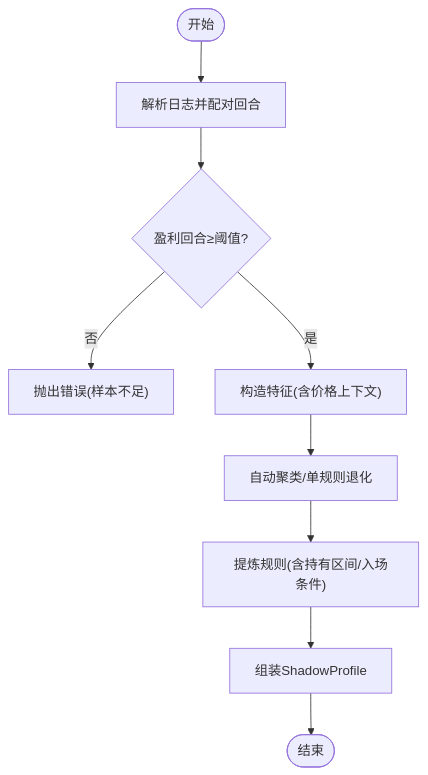
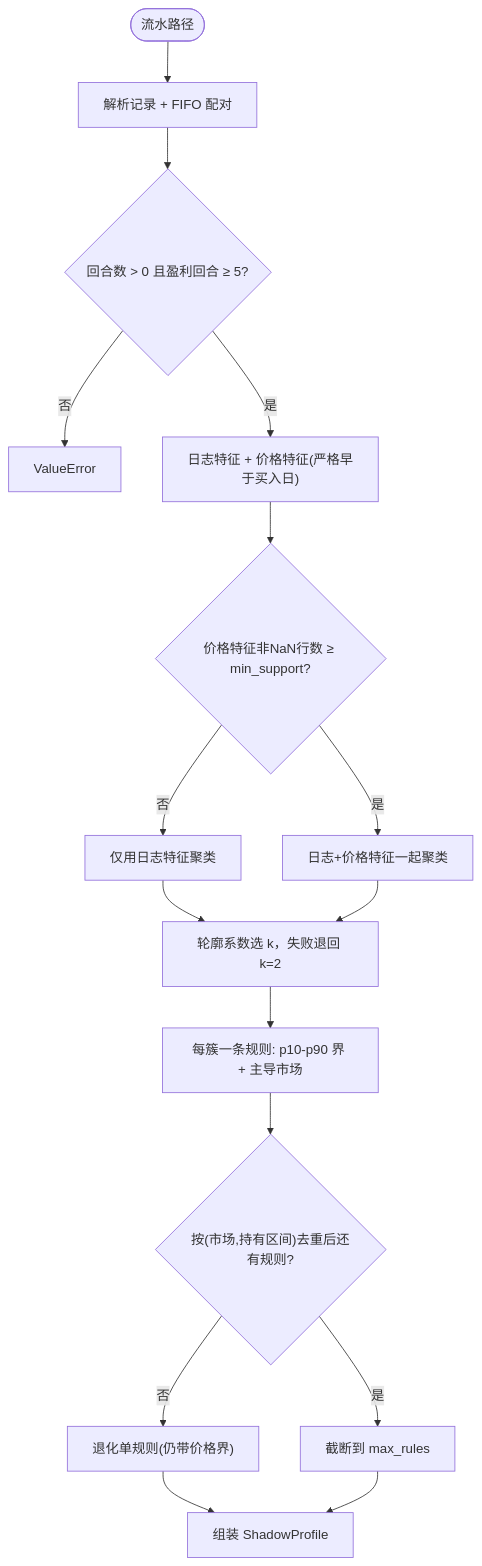
One commit to hjfire/vibe-trading-fw changed the third of 7 diagrams in repowiki/topics/安全与治理/影子账户.md. Above: the diagram before and after it, drawn with Mermaid. The commit also changed other lines of this file and 5 other files, not shown here.

````diff
--- a/repowiki/topics/安全与治理/影子账户.md
+++ b/repowiki/topics/安全与治理/影子账户.md
@@ -138,11 +171,18 @@
 ```mermaid
 flowchart TD
-Start(["开始"]) --> Parse["解析日志并配对回合"]
-Parse --> Filter{"盈利回合≥阈值?"}
-Filter -- 否 --> Err["抛出错误(样本不足)"]
-Filter -- 是 --> Feat["构造特征(含价格上下文)"]
-Feat --> Cluster["自动聚类/单规则退化"]
-Cluster --> Rules["提炼规则(含持有区间/入场条件)"]
-Rules --> Profile["组装ShadowProfile"]
-Profile --> End(["结束"])
+Start(["流水路径"]) --> Parse["解析记录 + FIFO 配对"]
+Parse --> Guard{"回合数 > 0 且盈利回合 ≥ 5?"}
+Guard -- 否 --> Err["ValueError"]
+Guard -- 是 --> Feat["日志特征 + 价格特征(严格早于买入日)"]
+Feat --> Promote{"价格特征非NaN行数 ≥ min_support?"}
+Promote -- 否 --> Journ["仅用日志特征聚类"]
+Promote -- 是 --> Both["日志+价格特征一起聚类"]
+Journ --> Cluster["轮廓系数选 k，失败退回 k=2"]
+Both --> Cluster
+Cluster --> Rule["每簇一条规则: p10-p90 界 + 主导市场"]
+Rule --> Dedup{"按(市场,持有区间)去重后还有规则?"}
+Dedup -- 否 --> Single["退化单规则(仍带价格界)"]
+Dedup -- 是 --> Assemble["截断到 max_rules"]
+Single --> Profile["组装 ShadowProfile"]
+Assemble --> Profile
 ```
````
